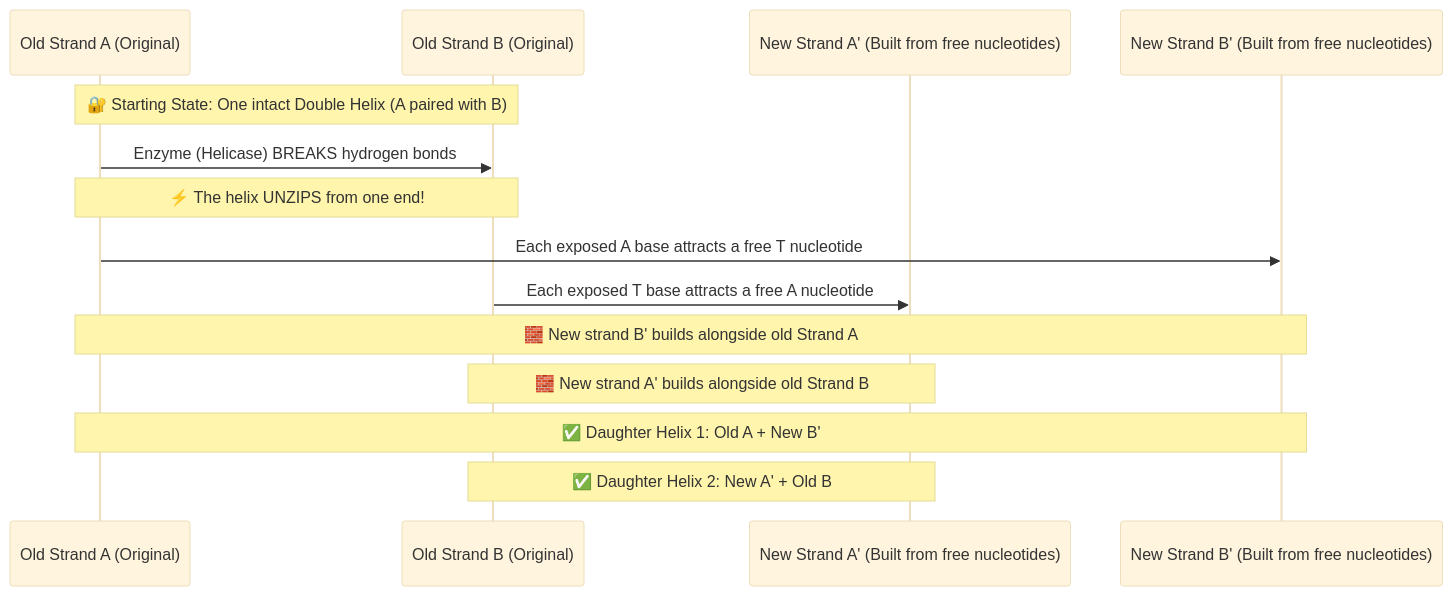
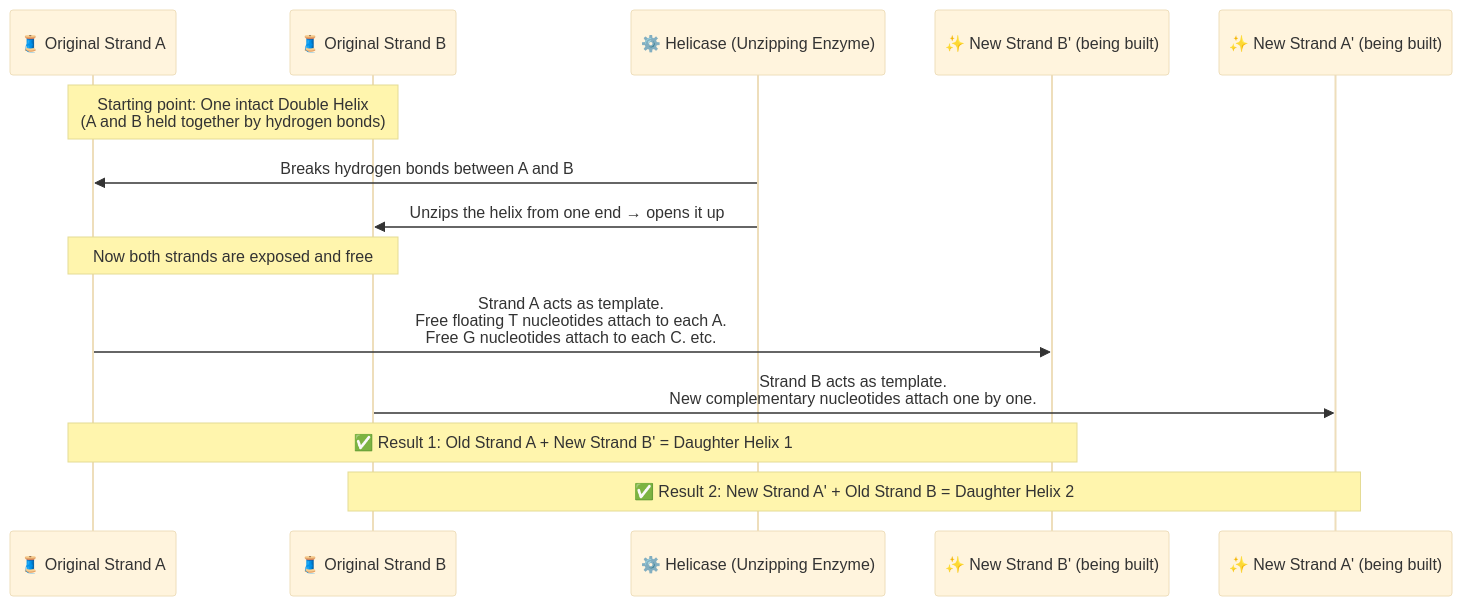
One commit to naveengarla/icse-10th-biology changed the fifth of 5 diagrams in Chapter_02_Tutorial/2.3_Structure_of_Chromosomes.md. Above: the diagram before and after it, drawn with Mermaid (base theme). The commit also changed other lines of this file, not shown here.

Commit message:
Pedagogical rewrite of 2.3 — term introductions, analogies, 15yo on-ramp para before each concept

````diff
--- a/Chapter_02_Tutorial/2.3_Structure_of_Chromosomes.md
+++ b/Chapter_02_Tutorial/2.3_Structure_of_Chromosomes.md
@@ -169,21 +241,21 @@
 ```mermaid
 sequenceDiagram
-    participant OldA as Old Strand A (Original)
-    participant OldB as Old Strand B (Original)
-    participant NewA as New Strand A' (Built from free nucleotides)
-    participant NewB as New Strand B' (Built from free nucleotides)
+    participant OldA as 🧵 Original Strand A
+    participant OldB as 🧵 Original Strand B
+    participant Enz  as ⚙️ Helicase (Unzipping Enzyme)
+    participant NewB as ✨ New Strand B' (being built)
+    participant NewA as ✨ New Strand A' (being built)
 
-    Note over OldA,OldB: 🔐 Starting State: One intact Double Helix (A paired with B)
+    Note over OldA,OldB: Starting point: One intact Double Helix<br/>(A and B held together by hydrogen bonds)
 
-    OldA->>OldB: Enzyme (Helicase) BREAKS hydrogen bonds
-    Note over OldA,OldB: ⚡ The helix UNZIPS from one end!
+    Enz->>OldA: Breaks hydrogen bonds between A and B
+    Enz->>OldB: Unzips the helix from one end → opens it up
 
-    OldA->>NewB: Each exposed A base attracts a free T nucleotide
-    OldB->>NewA: Each exposed T base attracts a free A nucleotide
+    Note over OldA,OldB: Now both strands are exposed and free
 
-    Note over OldA,NewB: 🧱 New strand B' builds alongside old Strand A
-    Note over OldB,NewA: 🧱 New strand A' builds alongside old Strand B
+    OldA->>NewB: Strand A acts as template.<br/>Free floating T nucleotides attach to each A.<br/>Free G nucleotides attach to each C. etc.
+    OldB->>NewA: Strand B acts as template.<br/>New complementary nucleotides attach one by one.
 
-    Note over OldA,NewB: ✅ Daughter Helix 1: Old A + New B'
-    Note over NewA,OldB: ✅ Daughter Helix 2: New A' + Old B
+    Note over OldA,NewB: ✅ Result 1: Old Strand A + New Strand B' = Daughter Helix 1
+    Note over NewA,OldB: ✅ Result 2: New Strand A' + Old Strand B = Daughter Helix 2
 ```
````
